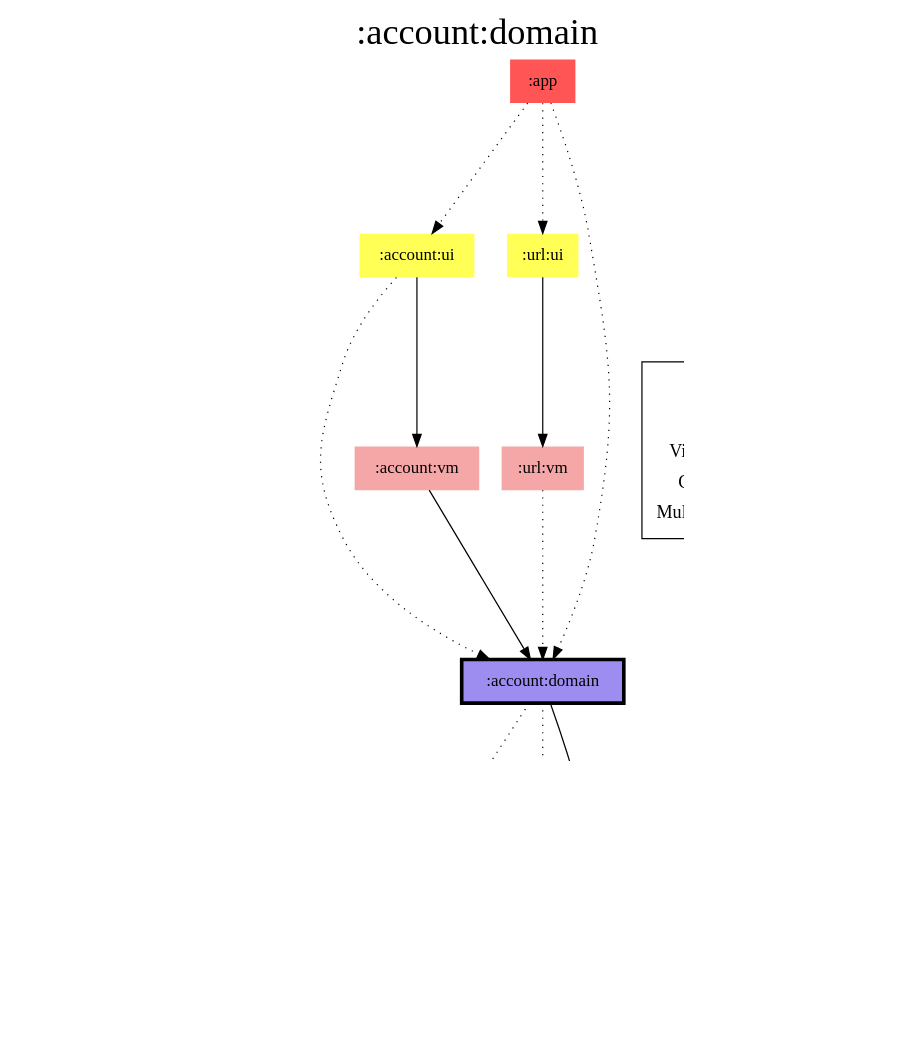
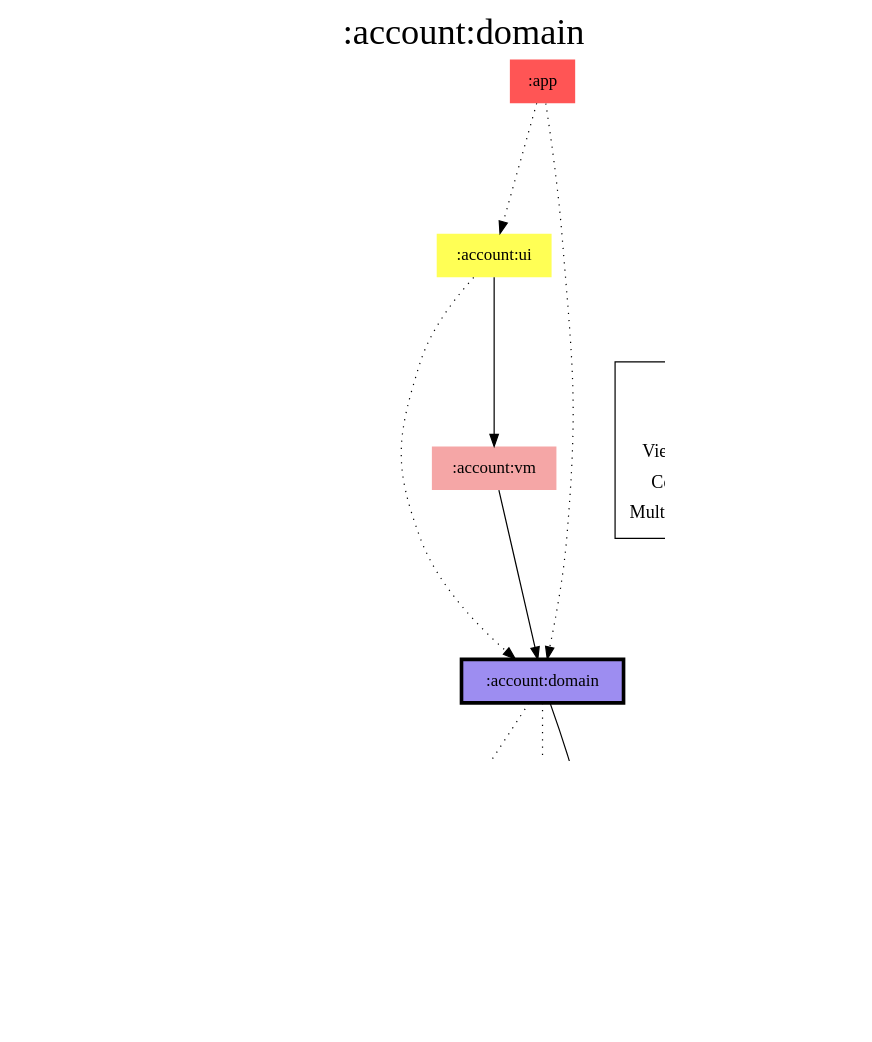
Before and after one commit to jonapoul/aktual: the diagram in modules/account/domain/modules.dot, drawn with Graphviz. The commit also changed 58 other files, not shown here.

Commit message:
Merge url into account

```diff
--- a/modules/account/domain/modules.dot
+++ b/modules/account/domain/modules.dot
@@ -1,51 +1,46 @@
 digraph {
 edge ["dir"="forward"]
 graph ["dpi"="100","label"=":account:domain","labelloc"="t","fontsize"="30","ranksep"="1.5","rankdir"="TB"]
 node ["style"="filled"]
 ":account:domain" ["fillcolor"="#9D8DF1","color"="black","penwidth"="3","shape"="box"]
 ":account:model" ["fillcolor"="#9D8DF1","shape"="none"]
 ":account:ui" ["fillcolor"="#FFFF55","shape"="none"]
 ":account:vm" ["fillcolor"="#F5A6A6","shape"="none"]
 ":api:actual" ["fillcolor"="#9D8DF1","shape"="none"]
 ":app" ["fillcolor"="#FF5555","shape"="none"]
 ":budget:model" ["fillcolor"="#9D8DF1","shape"="none"]
 ":codegen:annotation" ["fillcolor"="#9D8DF1","shape"="none"]
 ":core:model" ["fillcolor"="#9D8DF1","shape"="none"]
 ":prefs" ["fillcolor"="#9D8DF1","shape"="none"]
-":url:ui" ["fillcolor"="#FFFF55","shape"="none"]
-":url:vm" ["fillcolor"="#F5A6A6","shape"="none"]
 {
 edge ["dir"="none"]
 graph ["rank"="same"]
 ":account:domain"
 }
 ":account:domain" -> ":account:model"
 ":account:domain" -> ":api:actual" ["style"="dotted"]
 ":account:domain" -> ":prefs" ["style"="dotted"]
 ":account:ui" -> ":account:domain" ["style"="dotted"]
 ":account:ui" -> ":account:vm"
 ":account:vm" -> ":account:domain"
 ":api:actual" -> ":account:model"
 ":api:actual" -> ":budget:model"
 ":api:actual" -> ":codegen:annotation" ["style"="dotted"]
 ":api:actual" -> ":core:model"
 ":app" -> ":account:domain" ["style"="dotted"]
 ":app" -> ":account:ui" ["style"="dotted"]
-":app" -> ":url:ui" ["style"="dotted"]
 ":prefs" -> ":account:model"
 ":prefs" -> ":core:model"
-":url:ui" -> ":url:vm"
-":url:vm" -> ":account:domain" ["style"="dotted"]
 subgraph "cluster_legend" {
 edge ["dir"="none"]
 graph ["label"="Legend","fontsize"="20"]
 "Legend" ["style"="filled","fillcolor"="#FFFFFF","shape"="none","margin"="0","fontsize"="15","label"=<
 <TABLE BORDER="0" CELLBORDER="0" CELLSPACING="0" CELLPADDING="4">
 <TR><TD>App</TD><TD BGCOLOR="#FF5555">module-name</TD></TR>
 <TR><TD>ViewModel</TD><TD BGCOLOR="#F5A6A6">module-name</TD></TR>
 <TR><TD>Compose</TD><TD BGCOLOR="#FFFF55">module-name</TD></TR>
 <TR><TD>Multiplatform</TD><TD BGCOLOR="#9D8DF1">module-name</TD></TR>
 </TABLE>
 >]
 } -> ":account:domain" ["style"="invis"]
 }
```
